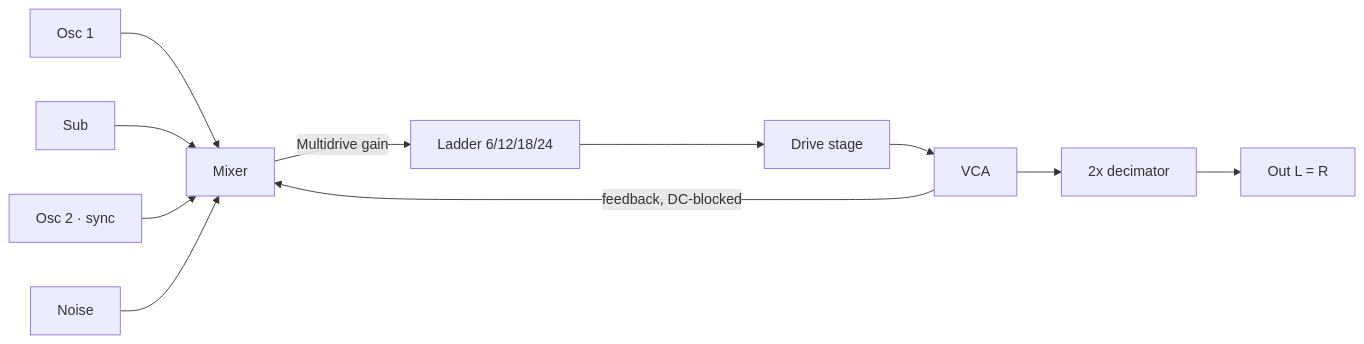
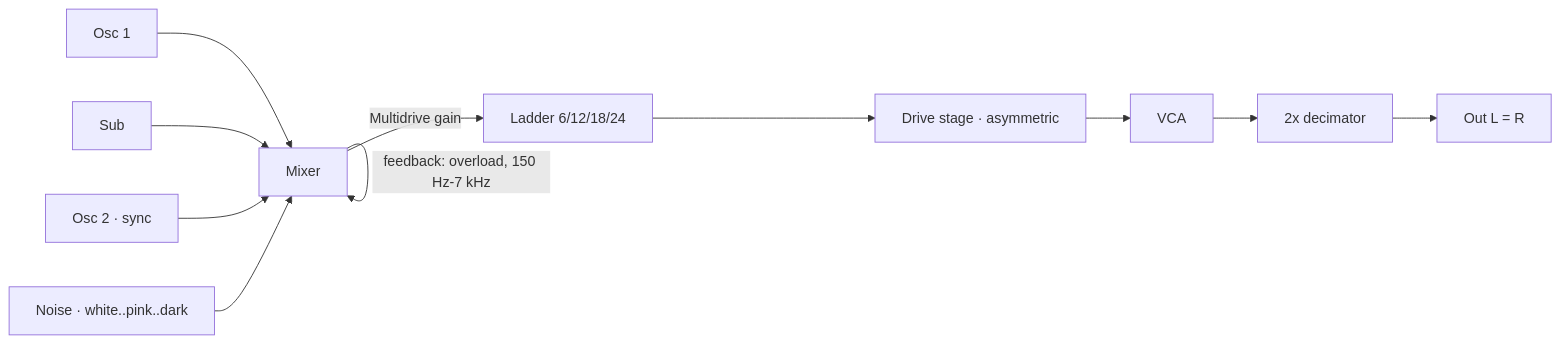
The second of 2 diagrams in docs/ARCHITECTURE.md (Devko/SubForce), drawn with Mermaid before and after one commit. The commit also changed other lines of this file and 69 other files, not shown here.

````diff
--- a/docs/ARCHITECTURE.md
+++ b/docs/ARCHITECTURE.md
@@ -66,10 +66,10 @@
 ```mermaid
 flowchart LR
   O1[Osc 1] --> M[Mixer]
   S[Sub] --> M
   O2[Osc 2 · sync] --> M
-  N[Noise] --> M
+  N[Noise · white..pink..dark] --> M
+  M -->|feedback: overload, 150 Hz-7 kHz| M
   M -->|Multidrive gain| L[Ladder 6/12/18/24]
-  L --> D[Drive stage] --> V[VCA] --> DEC[2x decimator] --> OUT[Out L = R]
-  V -->|feedback, DC-blocked| M
+  L --> D[Drive stage · asymmetric] --> V[VCA] --> DEC[2x decimator] --> OUT[Out L = R]
 ```
````
